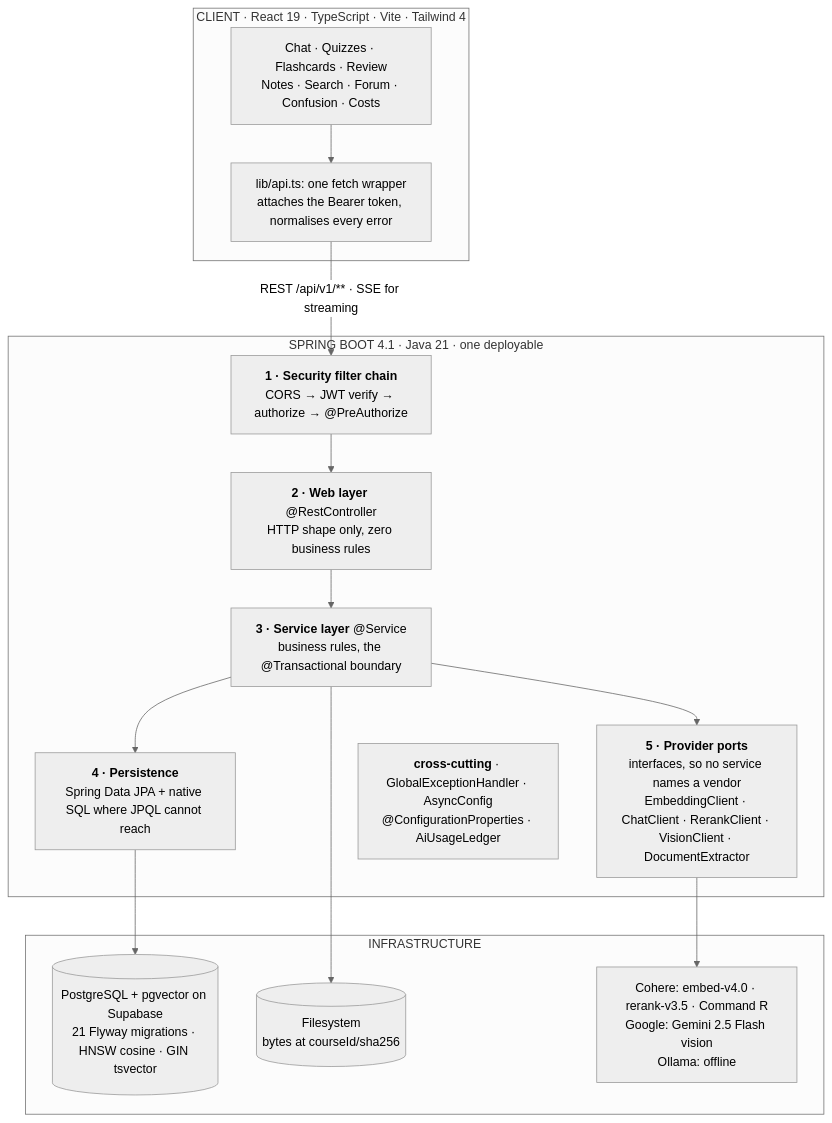
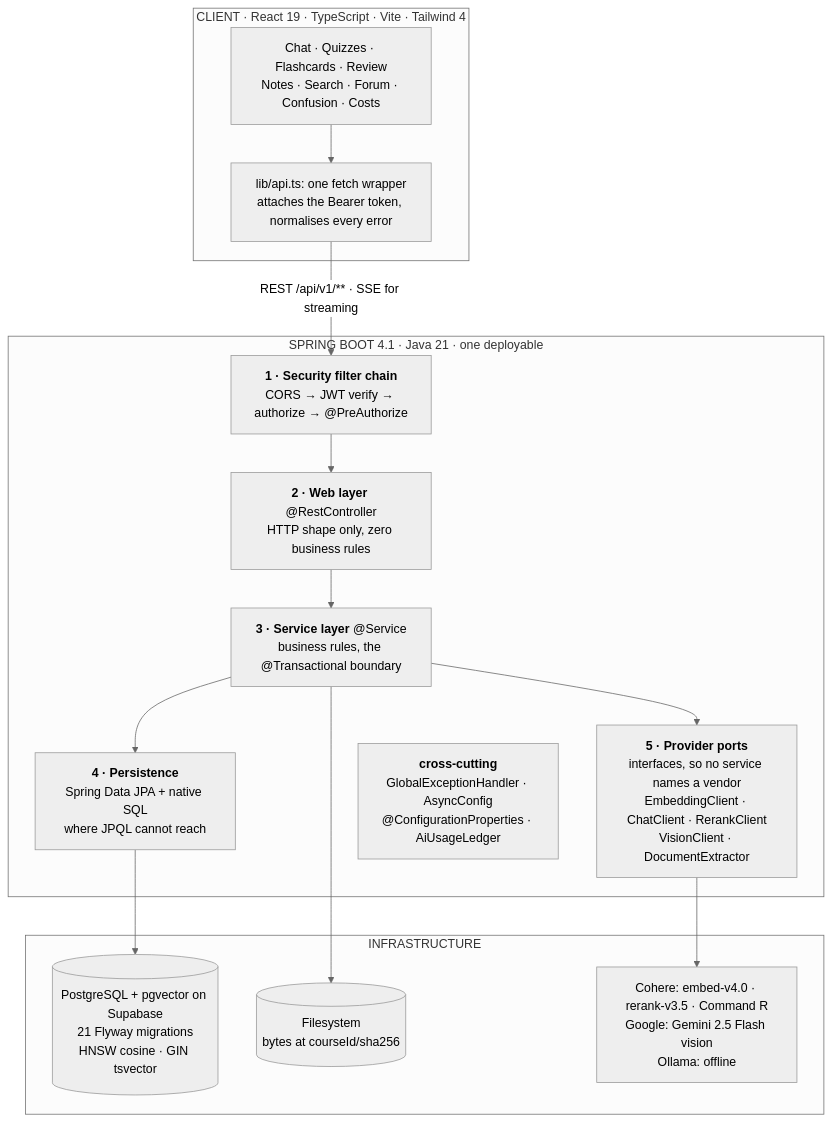
One commit to human-netizen/STUDYLOOP changed the first of 3 diagrams in README.md. Above: the diagram before and after it, drawn with Mermaid (neutral theme). The commit also changed other lines of this file and 33 other files, not shown here.

````diff
--- a/README.md
+++ b/README.md
@@ -298,31 +308,31 @@
 ```mermaid
 graph TB
     subgraph CLIENT["CLIENT · React 19 · TypeScript · Vite · Tailwind 4"]
         UI["Chat · Quizzes · Flashcards · Review<br/>Notes · Search · Forum · Confusion · Costs"]
         LIB["lib/api.ts: one fetch wrapper<br/>attaches the Bearer token, normalises every error"]
         UI --> LIB
     end
 
     subgraph BACK["SPRING BOOT 4.1 · Java 21 · one deployable"]
         SEC["<b>1 · Security filter chain</b><br/>CORS → JWT verify → authorize → @PreAuthorize"]
         WEB["<b>2 · Web layer</b> @RestController<br/>HTTP shape only, zero business rules"]
         SVC["<b>3 · Service layer</b> @Service<br/>business rules, the @Transactional boundary"]
-        REPO["<b>4 · Persistence</b><br/>Spring Data JPA + native SQL where JPQL cannot reach"]
-        PORT["<b>5 · Provider ports</b><br/>interfaces, so no service names a vendor<br/>EmbeddingClient · ChatClient · RerankClient · VisionClient · DocumentExtractor"]
-        CROSS["<b>cross-cutting</b> · GlobalExceptionHandler · AsyncConfig<br/>@ConfigurationProperties · AiUsageLedger"]
+        REPO["<b>4 · Persistence</b><br/>Spring Data JPA + native SQL<br/>where JPQL cannot reach"]
+        PORT["<b>5 · Provider ports</b><br/>interfaces, so no service names a vendor<br/>EmbeddingClient · ChatClient · RerankClient<br/>VisionClient · DocumentExtractor"]
+        CROSS["<b>cross-cutting</b><br/>GlobalExceptionHandler · AsyncConfig<br/>@ConfigurationProperties · AiUsageLedger"]
         SEC --> WEB --> SVC
         SVC --> REPO
         SVC --> PORT
     end
 
     subgraph INFRA["INFRASTRUCTURE"]
-        PG[("PostgreSQL + pgvector on Supabase<br/>21 Flyway migrations · HNSW cosine · GIN tsvector")]
+        PG[("PostgreSQL + pgvector on Supabase<br/>21 Flyway migrations<br/>HNSW cosine · GIN tsvector")]
         FS[("Filesystem<br/>bytes at courseId/sha256")]
         AI["Cohere: embed-v4.0 · rerank-v3.5 · Command R<br/>Google: Gemini 2.5 Flash vision<br/>Ollama: offline"]
     end
 
     LIB -->|"REST /api/v1/** · SSE for streaming"| SEC
     REPO --> PG
     PORT --> AI
     SVC --> FS
 ```
````
